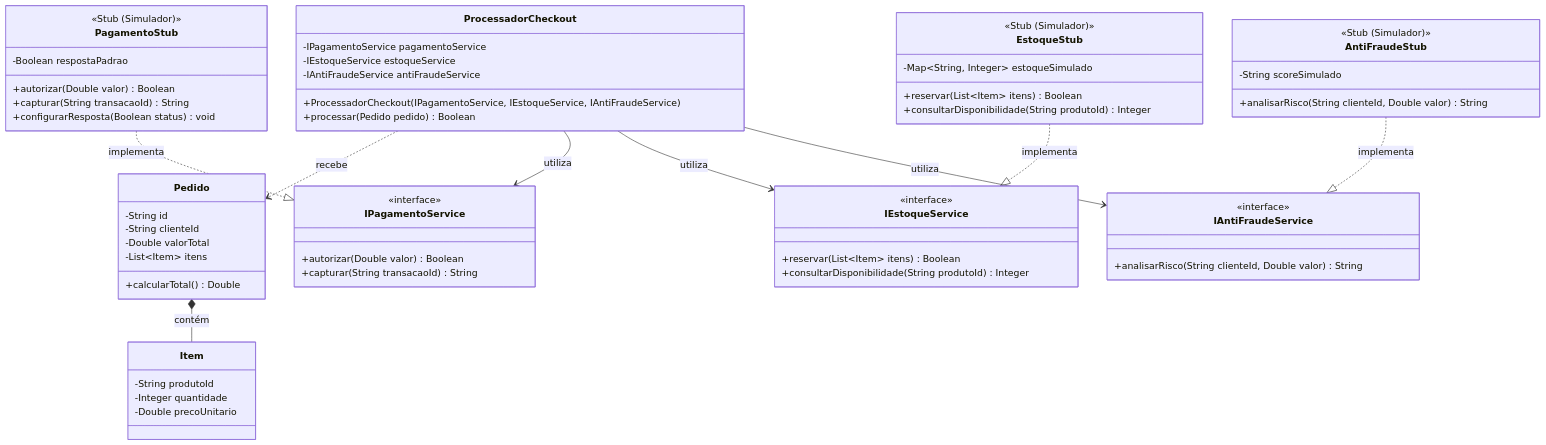
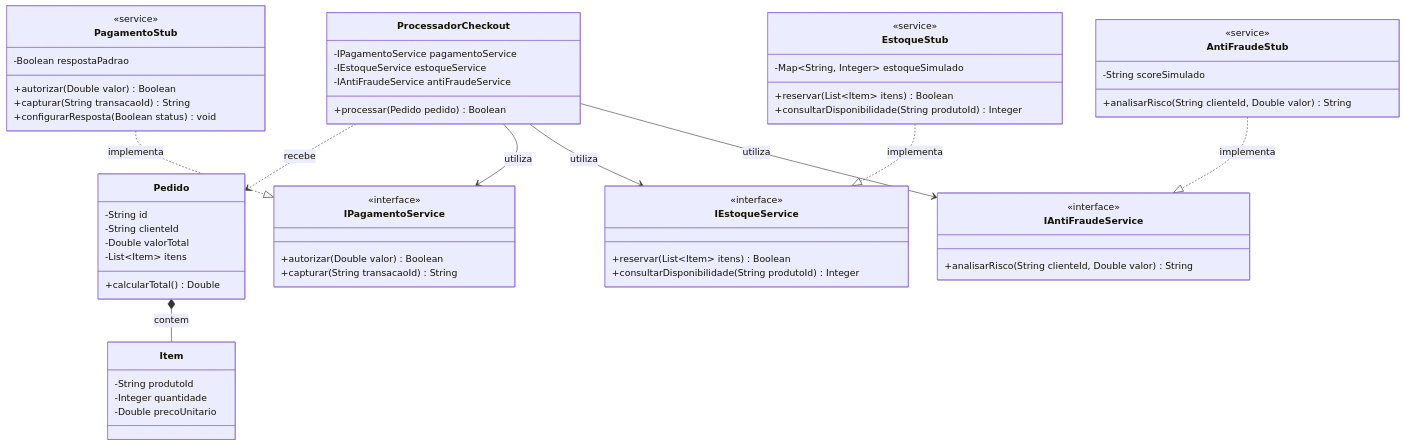
The second of 2 diagrams in docs/02-gestao-qualidade/laboratorio.qmd (maxwellamaral/aula-eng-testes), drawn with Mermaid before and after one commit. The commit also changed other lines of this file and 5 other files, not shown here.

Commit message:
feat(lab02): adicionar suporte a PlantUML no Quarto e aprimorar diagramas UML de classes

````diff
--- a/docs/02-gestao-qualidade/laboratorio.qmd
+++ b/docs/02-gestao-qualidade/laboratorio.qmd
@@ -102,72 +176,71 @@
 ```{mermaid}
 classDiagram
     class Pedido {
         -String id
         -String clienteId
         -Double valorTotal
         -List~Item~ itens
         +calcularTotal() Double
     }
 
     class Item {
         -String produtoId
         -Integer quantidade
         -Double precoUnitario
     }
 
     class ProcessadorCheckout {
         -IPagamentoService pagamentoService
         -IEstoqueService estoqueService
         -IAntiFraudeService antiFraudeService
-        +ProcessadorCheckout(IPagamentoService, IEstoqueService, IAntiFraudeService)
         +processar(Pedido pedido) Boolean
     }
 
     class IPagamentoService {
         <<interface>>
         +autorizar(Double valor) Boolean
         +capturar(String transacaoId) String
     }
 
     class IEstoqueService {
         <<interface>>
         +reservar(List~Item~ itens) Boolean
         +consultarDisponibilidade(String produtoId) Integer
     }
 
     class IAntiFraudeService {
         <<interface>>
         +analisarRisco(String clienteId, Double valor) String
     }
 
     class PagamentoStub {
-        <<Stub (Simulador)>>
+        <<service>>
         -Boolean respostaPadrao
         +autorizar(Double valor) Boolean
         +capturar(String transacaoId) String
         +configurarResposta(Boolean status) void
     }
 
     class EstoqueStub {
-        <<Stub (Simulador)>>
+        <<service>>
         -Map~String, Integer~ estoqueSimulado
         +reservar(List~Item~ itens) Boolean
         +consultarDisponibilidade(String produtoId) Integer
     }
 
     class AntiFraudeStub {
-        <<Stub (Simulador)>>
+        <<service>>
         -String scoreSimulado
         +analisarRisco(String clienteId, Double valor) String
     }
 
-    Pedido *-- Item : contém
+    Pedido *-- Item : contem
     ProcessadorCheckout ..> Pedido : recebe
     ProcessadorCheckout --> IPagamentoService : utiliza
     ProcessadorCheckout --> IEstoqueService : utiliza
     ProcessadorCheckout --> IAntiFraudeService : utiliza
 
     PagamentoStub ..|> IPagamentoService : implementa
     EstoqueStub ..|> IEstoqueService : implementa
     AntiFraudeStub ..|> IAntiFraudeService : implementa
 ```
````
